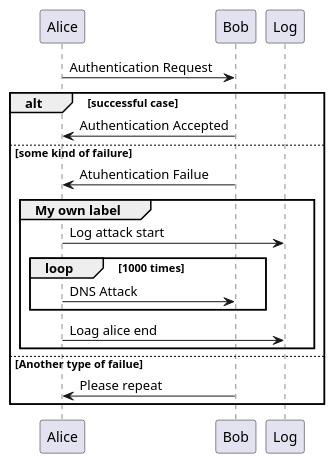
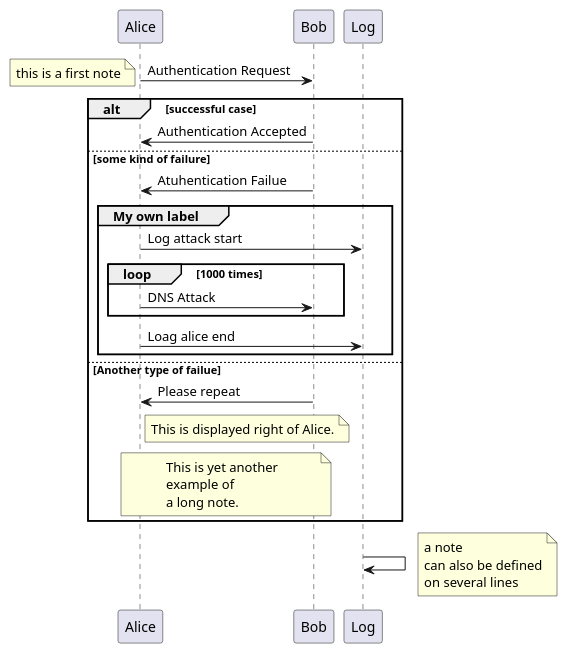
Before and after one commit to qingyunzs/qingyunzs.github.io: the fifth of 21 diagrams in _orgs/_posts/linux/2016-06-06-using-emacs.org, drawn with PlantUML. The commit also changed other lines of this file and 78 other files, not shown here.

Commit message:
顺序图笔记调整

```diff
--- a/_orgs/_posts/linux/2016-06-06-using-emacs.org
+++ b/_orgs/_posts/linux/2016-06-06-using-emacs.org
@@ -803,18 +772,31 @@
      #+BEGIN_SRC plantuml :file {{site.url}}/assets/images/plantuml-quickstart-s14.png
      Alice -> Bob: Authentication Request
-
+     note left: this is a first note
      alt successful case
      Bob -> Alice: Authentication Accepted
      else some kind of failure
      Bob -> Alice: Atuhentication Failue
      group My own label
      Alice -> Log : Log attack start
      loop 1000 times
      Alice -> Bob: DNS Attack
      end
      Alice -> Log : Loag alice end
      end
      else Another type of failue
      Bob -> Alice: Please repeat
+     note right of Alice: This is displayed right of Alice.
+     note over Bob, Alice
+     This is yet another
+     example of
+     a long note.
+     end note
      end
+
+     Log -> Log
+     note right
+     a note
+     can also be defined
+     on several lines
+     end note
      #+END_SRC
```
